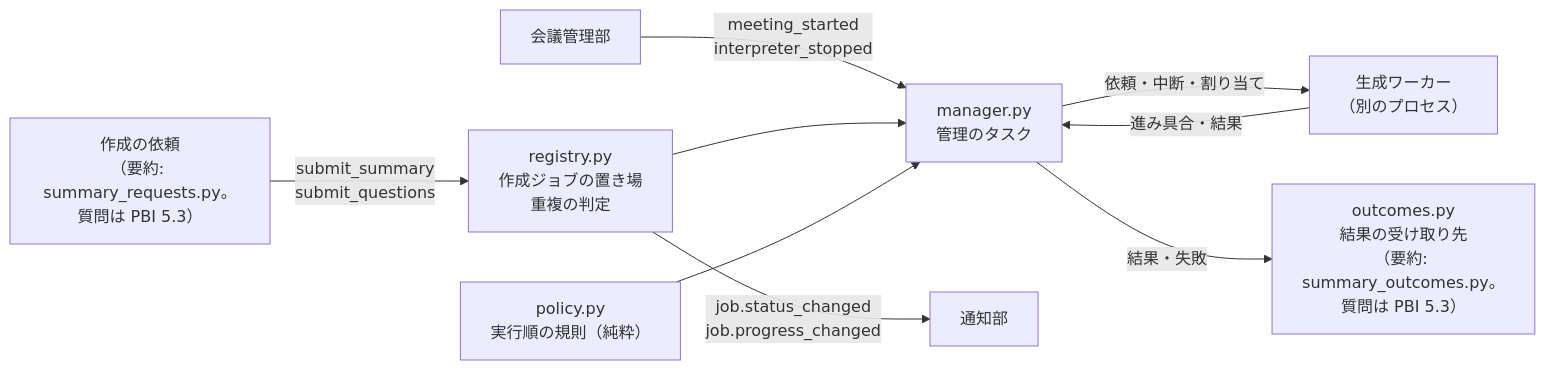
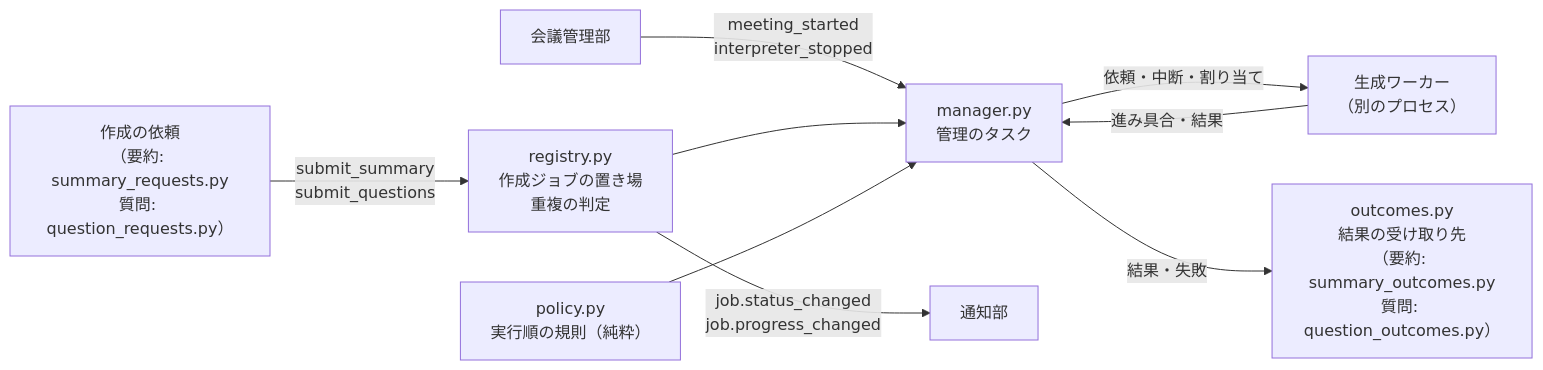
Before and after one commit to toshiakimamada-blip/mmd: the first of 3 diagrams in output_system/docs/jobs.md, drawn with Mermaid. The commit also changed other lines of this file and 1 other file, not shown here.

First line of the commit message:
test(question-set): check the CPU allocation while making questions

````diff
--- a/output_system/docs/jobs.md
+++ b/output_system/docs/jobs.md
@@ -22,11 +22,11 @@
 ```mermaid
 flowchart LR
-    API["作成の依頼<br>（要約: summary_requests.py。質問は PBI 5.3）"] -->|submit_summary<br>submit_questions| REG["registry.py<br>作成ジョブの置き場<br>重複の判定"]
+    API["作成の依頼<br>（要約: summary_requests.py<br>質問: question_requests.py）"] -->|submit_summary<br>submit_questions| REG["registry.py<br>作成ジョブの置き場<br>重複の判定"]
     MEET["会議管理部"] -->|meeting_started<br>interpreter_stopped| MGR["manager.py<br>管理のタスク"]
     REG --> MGR
     POL["policy.py<br>実行順の規則（純粋）"] --> MGR
     MGR -->|依頼・中断・割り当て| WORKER["生成ワーカー<br>（別のプロセス）"]
     WORKER -->|進み具合・結果| MGR
-    MGR -->|結果・失敗| OUT["outcomes.py<br>結果の受け取り先<br>（要約: summary_outcomes.py。質問は PBI 5.3）"]
+    MGR -->|結果・失敗| OUT["outcomes.py<br>結果の受け取り先<br>（要約: summary_outcomes.py<br>質問: question_outcomes.py）"]
     REG -->|job.status_changed<br>job.progress_changed| HUB["通知部"]
 ```
````
